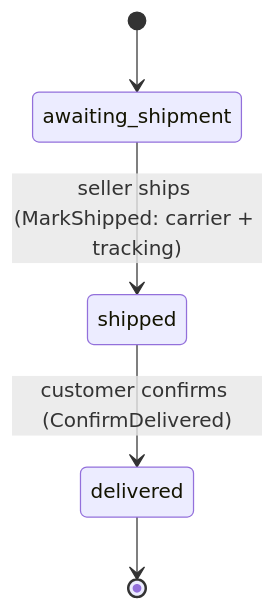
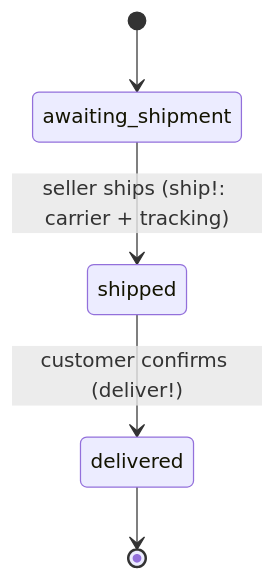
One commit to jonathan-beebe/art-store changed the third of 3 diagrams in prototype/rails/docs/orders.md. Above: the diagram before and after it, drawn with Mermaid. The commit also changed other lines of this file and 349 other files, not shown here.

````diff
--- a/prototype/rails/docs/orders.md
+++ b/prototype/rails/docs/orders.md
@@ -94,7 +96,7 @@
 ```mermaid
 stateDiagram-v2
     [*] --> awaiting_shipment
-    awaiting_shipment --> shipped : seller ships (MarkShipped: carrier + tracking)
-    shipped --> delivered : customer confirms (ConfirmDelivered)
+    awaiting_shipment --> shipped : seller ships (ship!: carrier + tracking)
+    shipped --> delivered : customer confirms (deliver!)
     delivered --> [*]
 ```
````
